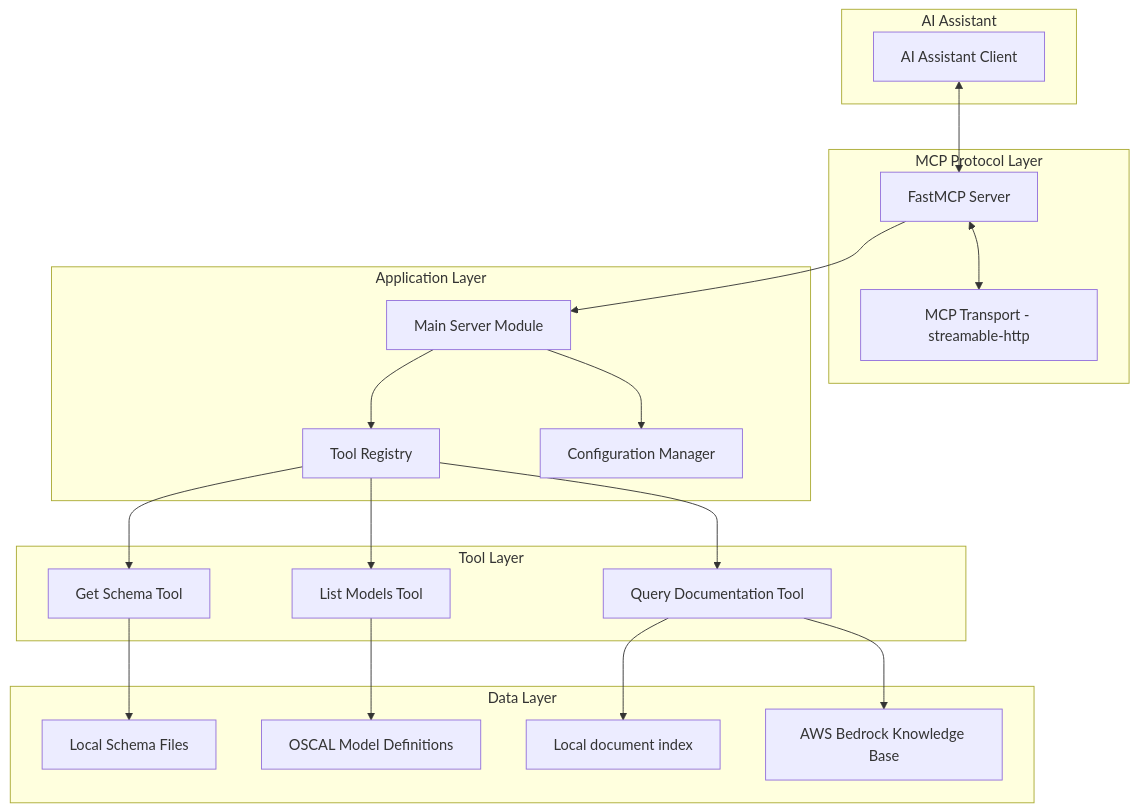
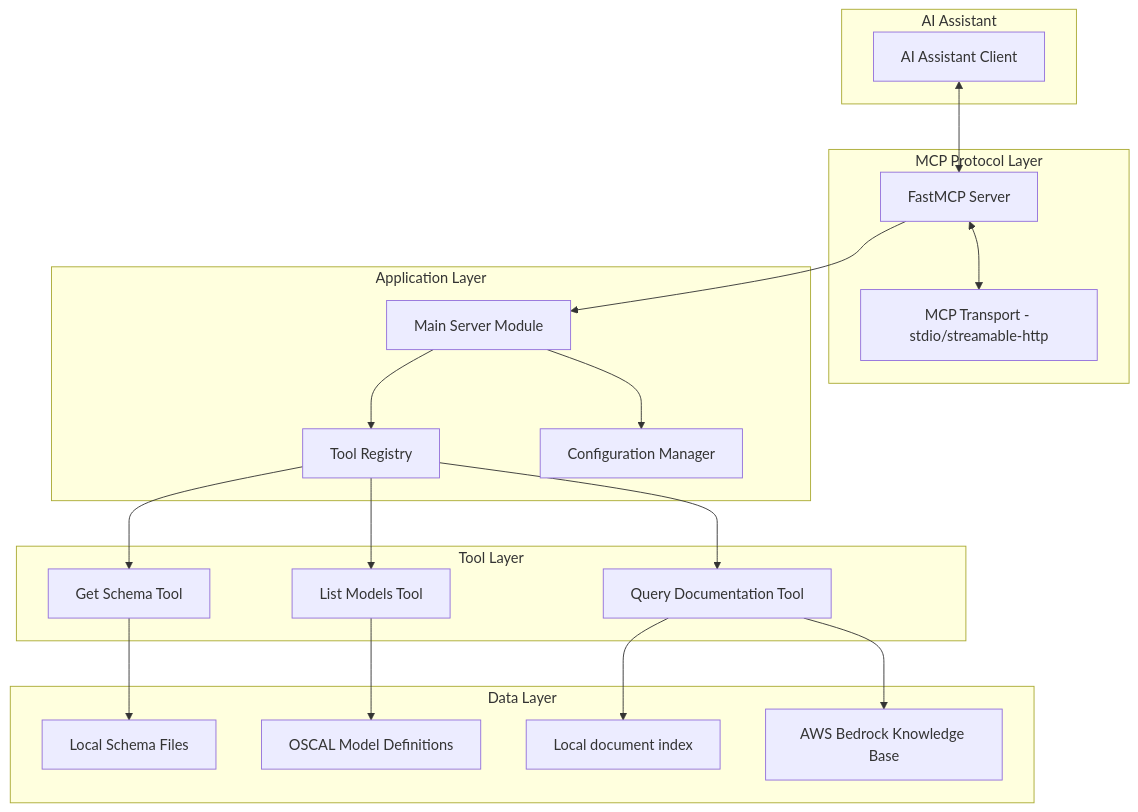
Before and after one commit to awslabs/mcp-server-for-oscal: the diagram in .kiro/specs/oscal-mcp-server/design.md, drawn with Mermaid. The commit also changed other lines of this file and 14 other files, not shown here.

First line of the commit message:
**feat: add stdio transport support with configurable transport protocol**

````diff
--- a/.kiro/specs/oscal-mcp-server/design.md
+++ b/.kiro/specs/oscal-mcp-server/design.md
@@ -13,43 +13,43 @@
 ```mermaid
 graph TB
     subgraph "AI Assistant"
         A[AI Assistant Client]
     end
     
     subgraph "MCP Protocol Layer"
         B[FastMCP Server]
-        C[MCP Transport - streamable-http]
+        C[MCP Transport - stdio/streamable-http]
     end
     
     subgraph "Application Layer"
         D[Main Server Module]
         E[Configuration Manager]
         F[Tool Registry]
     end
     
     subgraph "Tool Layer"
         G[Query Documentation Tool]
         H[List Models Tool]
         I[Get Schema Tool]
     end
     
     subgraph "Data Layer"
         J[AWS Bedrock Knowledge Base]
         K[Local Schema Files]
         L[OSCAL Model Definitions]
         M[Local document index]
     end
     
     A <--> B
     B <--> C
     B --> D
     D --> E
     D --> F
     F --> G
     F --> H
     F --> I
     G --> J
     G --> M
     H --> L
     I --> K
 ```
````
